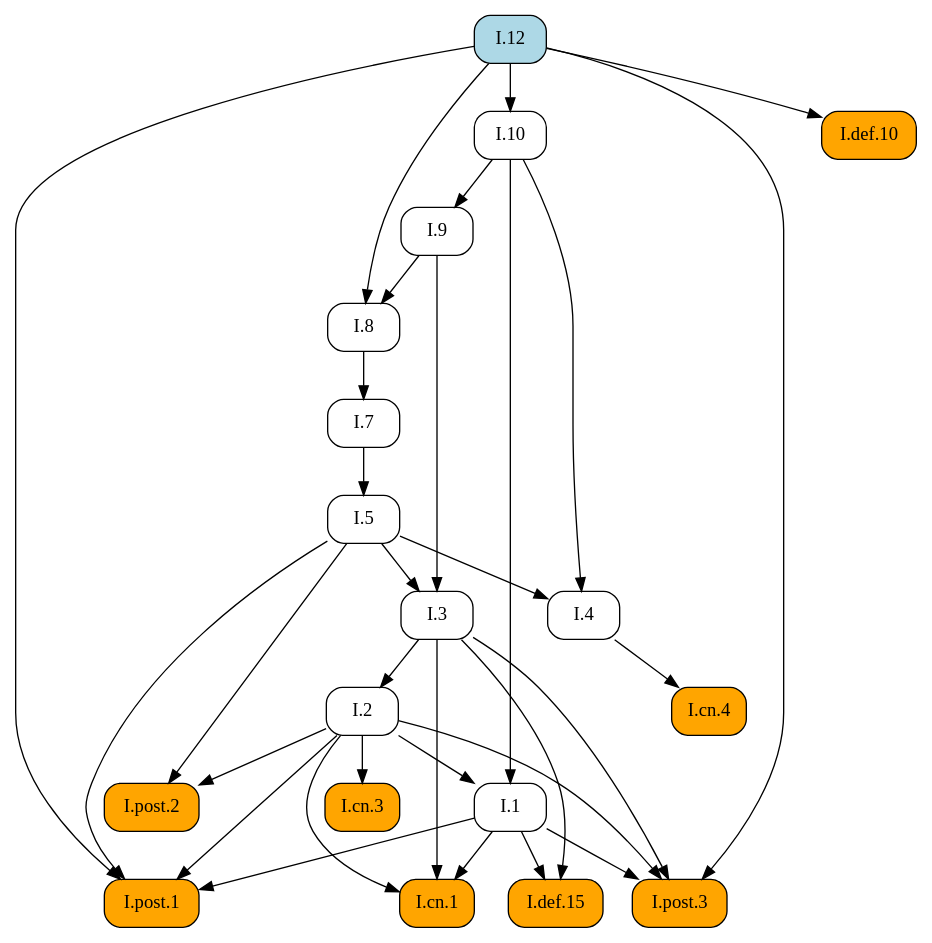
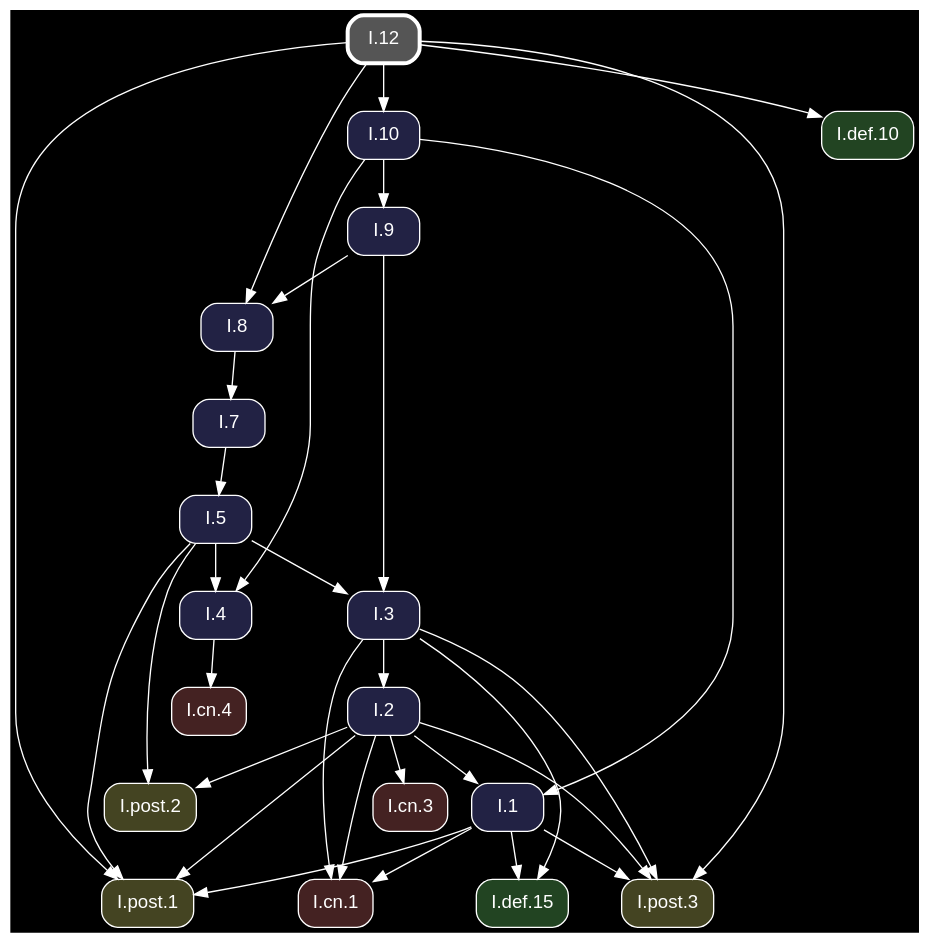
Before and after one commit to geometor/elements: the diagram in docsrc/heath/I/12/index.rst, drawn with Graphviz. The commit also changed other lines of this file and 1200 other files, not shown here.

Commit message:
update dependency graphs

```diff
--- a/docsrc/heath/I/12/index.rst
+++ b/docsrc/heath/I/12/index.rst
@@ -69,55 +69,57 @@
 .. graphviz::
 
    digraph {
+     bgcolor="black";
+     node [shape=box, style="rounded,filled", fontname="Helvetica", color="white", fontcolor="white"];
+     edge [color="white", fontcolor="white"];
      rankdir="TB";
-     node [shape=box, style=rounded];
-     "I.9" [URL="/heath/I/9/", target="_top"];
-     "I.cn.1" [style="rounded,filled", fillcolor=orange, URL="/heath/I/cn.1/", target="_top"];
-     "I.7" [URL="/heath/I/7/", target="_top"];
-     "I.2" [URL="/heath/I/2/", target="_top"];
-     "I.def.15" [style="rounded,filled", fillcolor=orange, URL="/heath/I/def.15/", target="_top"];
-     "I.4" [URL="/heath/I/4/", target="_top"];
-     "I.1" [URL="/heath/I/1/", target="_top"];
-     "I.post.3" [style="rounded,filled", fillcolor=orange, URL="/heath/I/post.3/", target="_top"];
-     "I.post.1" [style="rounded,filled", fillcolor=orange, URL="/heath/I/post.1/", target="_top"];
-     "I.8" [URL="/heath/I/8/", target="_top"];
-     "I.5" [URL="/heath/I/5/", target="_top"];
-     "I.cn.3" [style="rounded,filled", fillcolor=orange, URL="/heath/I/cn.3/", target="_top"];
-     "I.def.10" [style="rounded,filled", fillcolor=orange, URL="/heath/I/def.10/", target="_top"];
-     "I.10" [URL="/heath/I/10/", target="_top"];
-     "I.12" [style="rounded,filled", fillcolor=lightblue, URL="/heath/I/12/", target="_top"];
-     "I.cn.4" [style="rounded,filled", fillcolor=orange, URL="/heath/I/cn.4/", target="_top"];
-     "I.post.2" [style="rounded,filled", fillcolor=orange, URL="/heath/I/post.2/", target="_top"];
-     "I.3" [URL="/heath/I/3/", target="_top"];
-     "I.10" -> "I.9";
+     "I.12" [penwidth=3, color="white", fillcolor="#555555", URL="/heath/I/12/", target="_top"];
+     "I.3" [fillcolor="#222244", URL="/heath/I/3/", target="_top"];
+     "I.post.1" [fillcolor="#444422", URL="/heath/I/post.1/", target="_top"];
+     "I.cn.1" [fillcolor="#442222", URL="/heath/I/cn.1/", target="_top"];
+     "I.def.10" [fillcolor="#224422", URL="/heath/I/def.10/", target="_top"];
+     "I.cn.3" [fillcolor="#442222", URL="/heath/I/cn.3/", target="_top"];
+     "I.post.2" [fillcolor="#444422", URL="/heath/I/post.2/", target="_top"];
+     "I.2" [fillcolor="#222244", URL="/heath/I/2/", target="_top"];
+     "I.cn.4" [fillcolor="#442222", URL="/heath/I/cn.4/", target="_top"];
+     "I.9" [fillcolor="#222244", URL="/heath/I/9/", target="_top"];
+     "I.1" [fillcolor="#222244", URL="/heath/I/1/", target="_top"];
+     "I.post.3" [fillcolor="#444422", URL="/heath/I/post.3/", target="_top"];
+     "I.8" [fillcolor="#222244", URL="/heath/I/8/", target="_top"];
+     "I.4" [fillcolor="#222244", URL="/heath/I/4/", target="_top"];
+     "I.7" [fillcolor="#222244", URL="/heath/I/7/", target="_top"];
+     "I.def.15" [fillcolor="#224422", URL="/heath/I/def.15/", target="_top"];
+     "I.5" [fillcolor="#222244", URL="/heath/I/5/", target="_top"];
+     "I.10" [fillcolor="#222244", URL="/heath/I/10/", target="_top"];
+     "I.5" -> "I.3";
+     "I.9" -> "I.3";
+     "I.1" -> "I.post.1";
+     "I.2" -> "I.post.1";
+     "I.5" -> "I.post.1";
+     "I.12" -> "I.post.1";
      "I.1" -> "I.cn.1";
      "I.2" -> "I.cn.1";
      "I.3" -> "I.cn.1";
-     "I.8" -> "I.7";
+     "I.12" -> "I.def.10";
+     "I.2" -> "I.cn.3";
+     "I.2" -> "I.post.2";
+     "I.5" -> "I.post.2";
      "I.3" -> "I.2";
-     "I.1" -> "I.def.15";
-     "I.3" -> "I.def.15";
-     "I.5" -> "I.4";
-     "I.10" -> "I.4";
+     "I.4" -> "I.cn.4";
+     "I.10" -> "I.9";
      "I.2" -> "I.1";
      "I.10" -> "I.1";
      "I.1" -> "I.post.3";
      "I.2" -> "I.post.3";
      "I.3" -> "I.post.3";
      "I.12" -> "I.post.3";
-     "I.1" -> "I.post.1";
-     "I.2" -> "I.post.1";
-     "I.5" -> "I.post.1";
-     "I.12" -> "I.post.1";
      "I.9" -> "I.8";
      "I.12" -> "I.8";
+     "I.5" -> "I.4";
+     "I.10" -> "I.4";
+     "I.8" -> "I.7";
+     "I.1" -> "I.def.15";
+     "I.3" -> "I.def.15";
      "I.7" -> "I.5";
-     "I.2" -> "I.cn.3";
-     "I.12" -> "I.def.10";
      "I.12" -> "I.10";
-     "I.4" -> "I.cn.4";
-     "I.2" -> "I.post.2";
-     "I.5" -> "I.post.2";
-     "I.5" -> "I.3";
-     "I.9" -> "I.3";
    }
```
